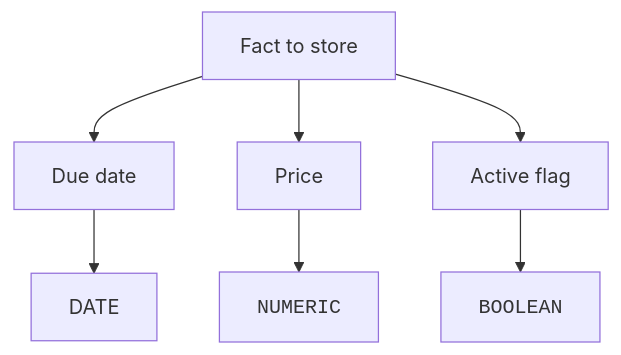
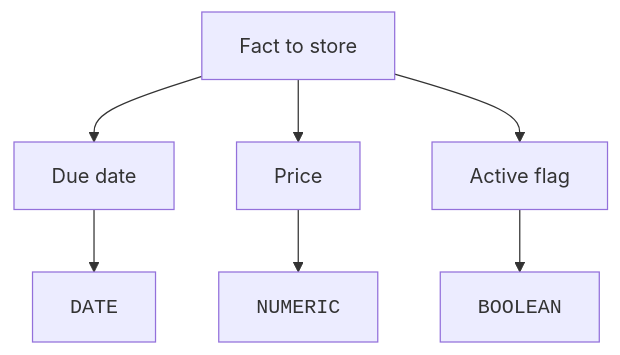
Before and after one commit to dataslope/dataslope: the third of 6 diagrams in content/courses/database-design-postgresql/design-and-data-quality.mdx, drawn with Mermaid. The commit also changed other lines of this file and 1380 other files, not shown here.

````diff
--- a/content/courses/database-design-postgresql/design-and-data-quality.mdx
+++ b/content/courses/database-design-postgresql/design-and-data-quality.mdx
@@ -125,9 +125,9 @@
 ```mermaid
 flowchart TD
     Fact["Fact to store"] --> DateFact["Due date"]
     Fact --> MoneyFact["Price"]
     Fact --> FlagFact["Active flag"]
-    DateFact --> DateType["DATE"]
+    DateFact --> DateType["<code>DATE</code>"]
     MoneyFact --> NumericType["<code>NUMERIC</code>"]
     FlagFact --> BooleanType["<code>BOOLEAN</code>"]
 ```
````
